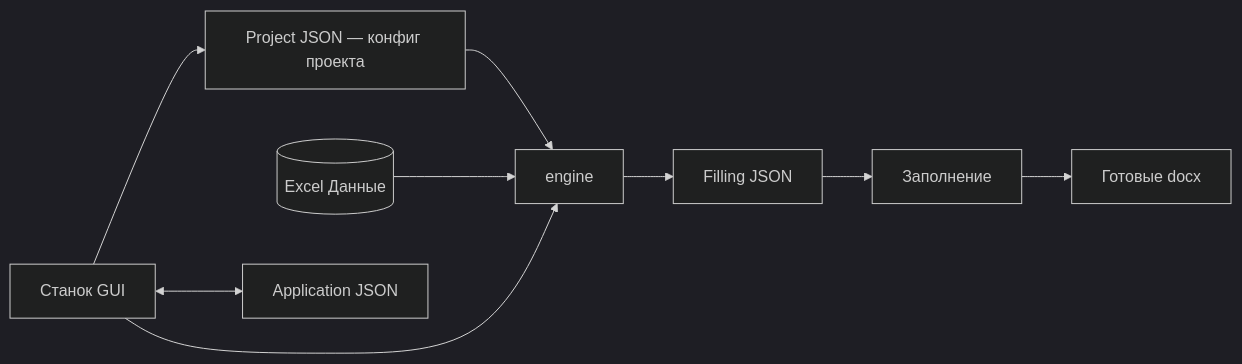
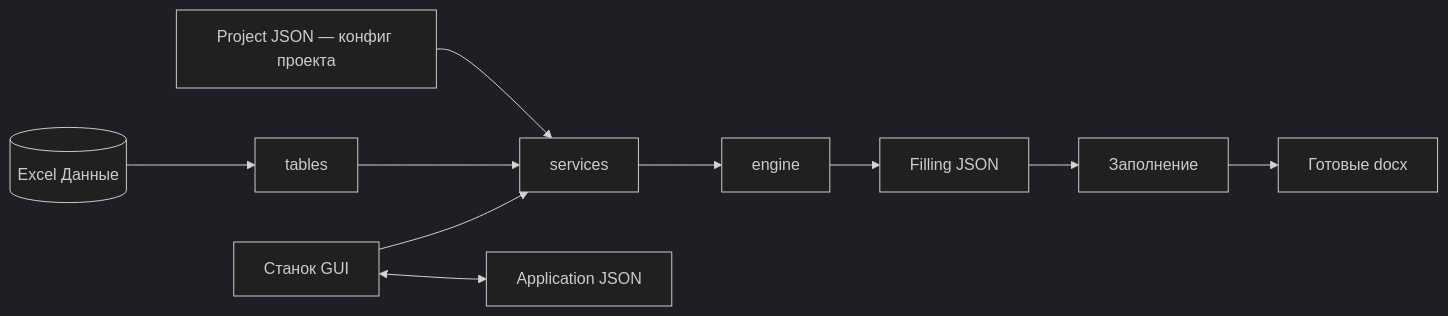
Before and after one commit to kirill406/Stanok: the second of 3 diagrams in specs/spec.md, drawn with Mermaid (dark theme). The commit also changed other lines of this file and 11 other files, not shown here.

````diff
--- a/specs/spec.md
+++ b/specs/spec.md
@@ -97,11 +110,12 @@
 ```mermaid
 flowchart LR
-    PJ[Project JSON — конфиг проекта] --> Engine[engine]
-    Excel[(Excel Данные)] --> Engine
+    PJ[Project JSON — конфиг проекта] --> SVC[services]
+    Excel[(Excel Данные)] --> Tables[tables]
+    Tables --> SVC
+    SVC --> Engine[engine]
     Engine --> FJ[Filling JSON]
     FJ --> Filling[Заполнение]
     Filling --> Docs[Готовые docx]
     GUI[Станок GUI] <--> AJ[Application JSON]
-    GUI --> Engine
-    GUI --> PJ
+    GUI --> SVC
 ```
````
